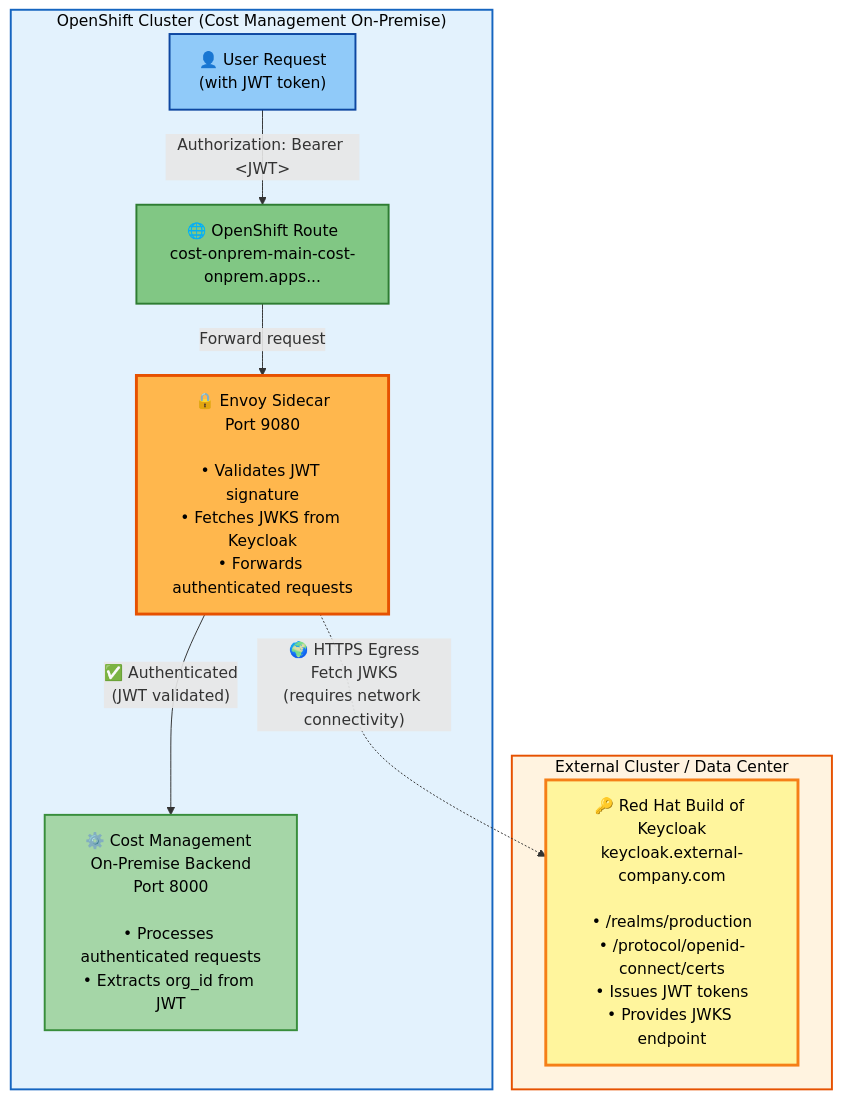
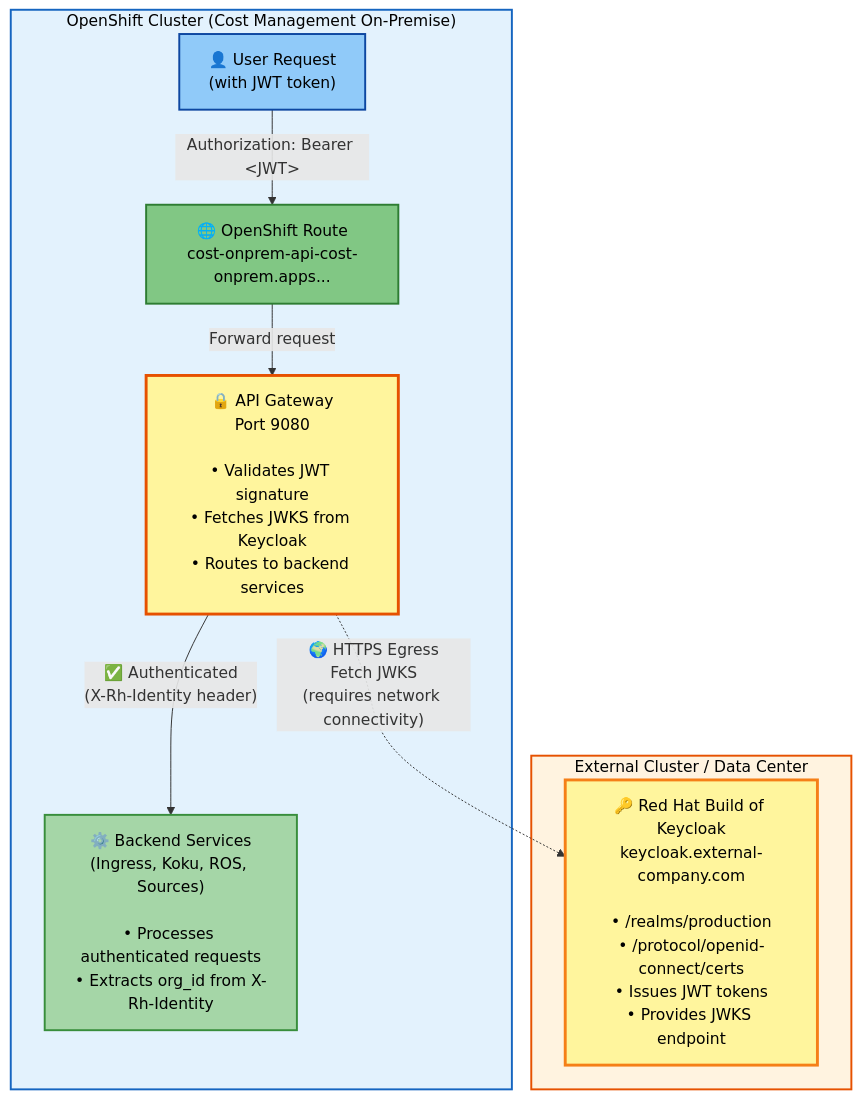
One commit to jordigilh/ros-helm-chart changed the diagram in docs/external-keycloak-scenario.md. Above: the diagram before and after it, drawn with Mermaid. The commit also changed other lines of this file and 7 other files, not shown here.

````diff
--- a/docs/external-keycloak-scenario.md
+++ b/docs/external-keycloak-scenario.md
@@ -41,27 +41,27 @@
 ```mermaid
 graph TB
     subgraph ocp["OpenShift Cluster (Cost Management On-Premise)"]
         User["👤 User Request<br/>(with JWT token)"]
-        Route["🌐 OpenShift Route<br/>cost-onprem-main-cost-onprem.apps..."]
-        Envoy["🔒 Envoy Sidecar<br/>Port 9080<br/><br/>• Validates JWT signature<br/>• Fetches JWKS from Keycloak<br/>• Forwards authenticated requests"]
-        Backend["⚙️ Cost Management On-Premise Backend<br/>Port 8000<br/><br/>• Processes authenticated requests<br/>• Extracts org_id from JWT"]
+        Route["🌐 OpenShift Route<br/>cost-onprem-api-cost-onprem.apps..."]
+        Gateway["🔒 API Gateway<br/>Port 9080<br/><br/>• Validates JWT signature<br/>• Fetches JWKS from Keycloak<br/>• Routes to backend services"]
+        Backend["⚙️ Backend Services<br/>(Ingress, Koku, ROS, Sources)<br/><br/>• Processes authenticated requests<br/>• Extracts org_id from X-Rh-Identity"]
 
         User -->|"Authorization: Bearer &lt;JWT&gt;"| Route
-        Route -->|Forward request| Envoy
-        Envoy -->|"✅ Authenticated<br/>(JWT validated)"| Backend
+        Route -->|Forward request| Gateway
+        Gateway -->|"✅ Authenticated<br/>(X-Rh-Identity header)"| Backend
     end
 
     subgraph external["External Cluster / Data Center"]
         Keycloak["🔑 Red Hat Build of Keycloak<br/>keycloak.external-company.com<br/><br/>• /realms/production<br/>• /protocol/openid-connect/certs<br/>• Issues JWT tokens<br/>• Provides JWKS endpoint"]
     end
 
-    Envoy -.->|"🌍 HTTPS Egress<br/>Fetch JWKS<br/>(requires network connectivity)"| Keycloak
+    Gateway -.->|"🌍 HTTPS Egress<br/>Fetch JWKS<br/>(requires network connectivity)"| Keycloak
 
     style ocp fill:#e3f2fd,stroke:#1565c0,stroke-width:2px,color:#000
     style external fill:#fff3e0,stroke:#e65100,stroke-width:2px,color:#000
     style User fill:#90caf9,stroke:#0d47a1,stroke-width:2px,color:#000
     style Route fill:#81c784,stroke:#2e7d32,stroke-width:2px,color:#000
-    style Envoy fill:#ffb74d,stroke:#e65100,stroke-width:3px,color:#000
+    style Gateway fill:#fff59d,stroke:#e65100,stroke-width:3px,color:#000
     style Backend fill:#a5d6a7,stroke:#388e3c,stroke-width:2px,color:#000
     style Keycloak fill:#fff59d,stroke:#f57f17,stroke-width:3px,color:#000
 ```
````
